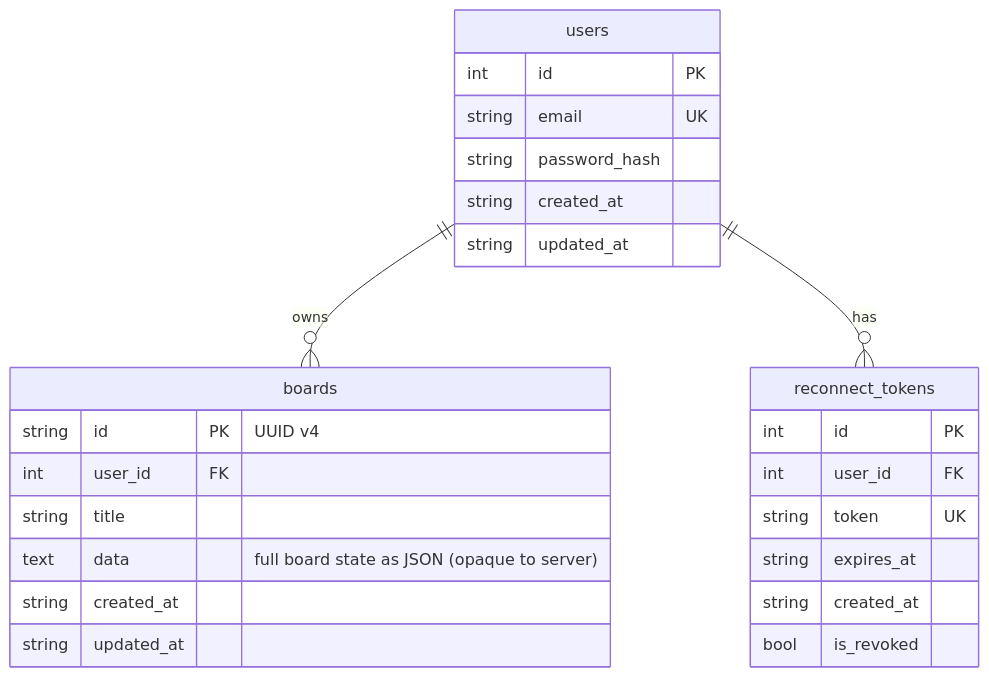
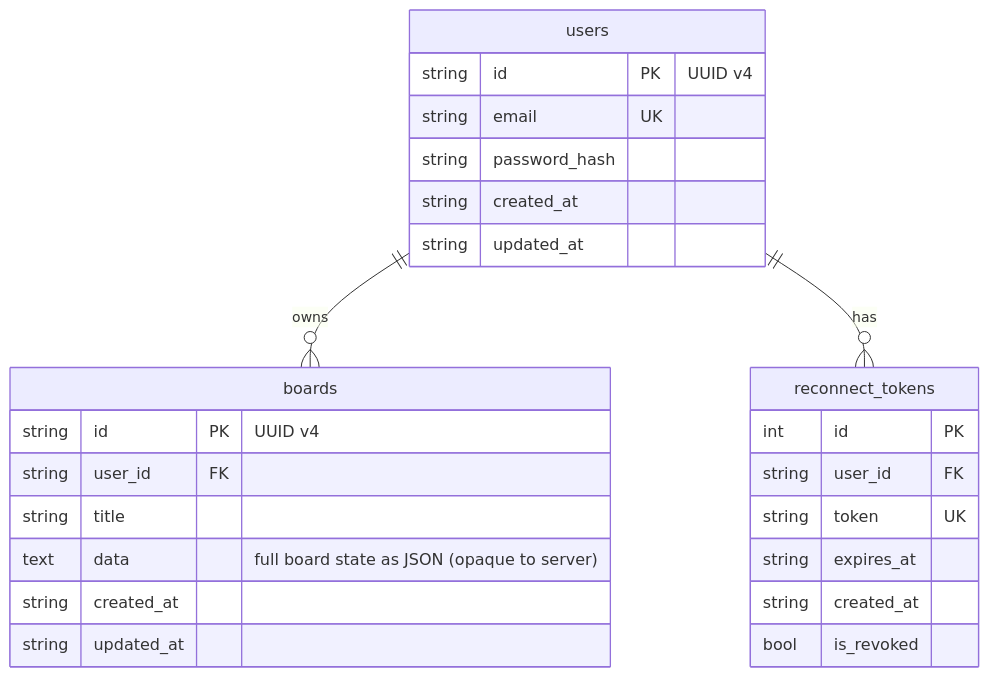
One commit to h3x4d3c1m4l/h3xBoardServer changed the diagram in README.md. Above: the diagram before and after it, drawn with Mermaid. The commit also changed 10 other files, not shown here.

````diff
--- a/README.md
+++ b/README.md
@@ -18,31 +18,31 @@
 ```mermaid
 erDiagram
     users {
-        int     id           PK
+        string  id           PK "UUID v4"
         string  email        UK
         string  password_hash
         string  created_at
         string  updated_at
     }
 
     boards {
         string  id           PK "UUID v4"
-        int     user_id      FK
+        string  user_id      FK
         string  title
         text    data            "full board state as JSON (opaque to server)"
         string  created_at
         string  updated_at
     }
 
     reconnect_tokens {
         int     id           PK
-        int     user_id      FK
+        string  user_id      FK
         string  token        UK
         string  expires_at
         string  created_at
         bool    is_revoked
     }
 
     users ||--o{ boards          : owns
     users ||--o{ reconnect_tokens  : has
 ```
````
